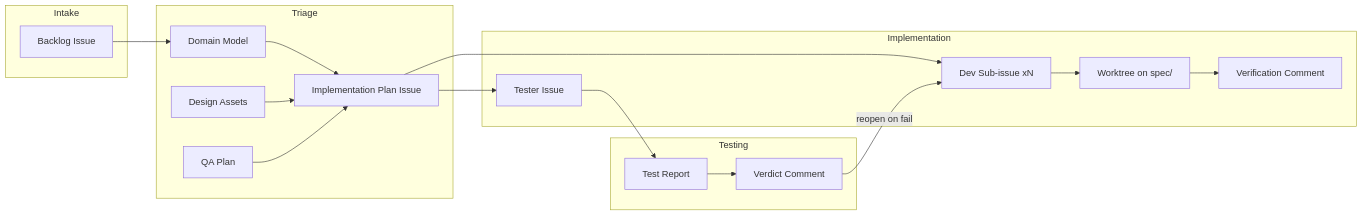
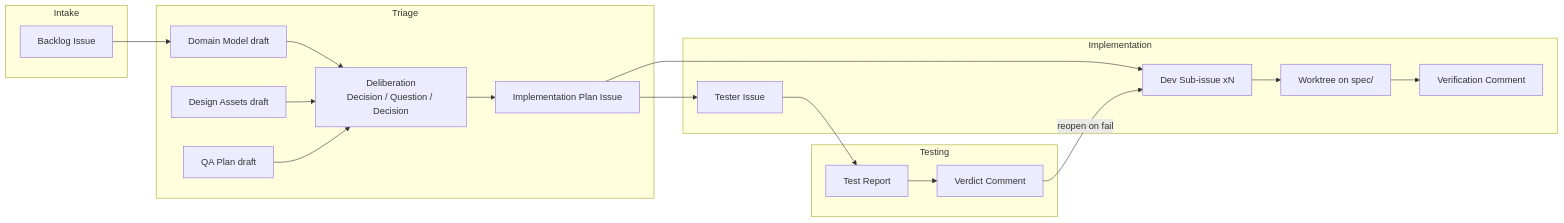
The diagram in docs/agentic-pipeline/artifacts.md (FredoAi/fredo), drawn with Mermaid before and after one commit. The commit also changed other lines of this file and 10 other files, not shown here.

First line of the commit message:
feat(pipeline): triage deliberation protocol + machine-seeded plan template

````diff
--- a/docs/agentic-pipeline/artifacts.md
+++ b/docs/agentic-pipeline/artifacts.md
@@ -9,36 +9,38 @@
 ```mermaid
 flowchart LR
     subgraph Intake
         BL[Backlog Issue]
     end
 
     subgraph Triage
-        DM[Domain Model]
-        DS[Design Assets]
-        QAP[QA Plan]
+        DM[Domain Model draft]
+        DS[Design Assets draft]
+        QAP[QA Plan draft]
+        DEL[Deliberation<br/>Decision / Question / Decision]
         IP[Implementation Plan Issue]
     end
 
     subgraph Implementation
         SUB[Dev Sub-issue xN]
         TIS[Tester Issue]
         WT[Worktree on spec/<N>]
         VR[Verification Comment]
     end
 
     subgraph Testing
         TR[Test Report]
         VD[Verdict Comment]
     end
 
     BL --> DM
-    DM --> IP
-    DS --> IP
-    QAP --> IP
+    DM --> DEL
+    DS --> DEL
+    QAP --> DEL
+    DEL --> IP
     IP --> SUB
     IP --> TIS
     SUB --> WT
     WT --> VR
     TIS --> TR --> VD
     VD -->|reopen on fail| SUB
 ```
````
